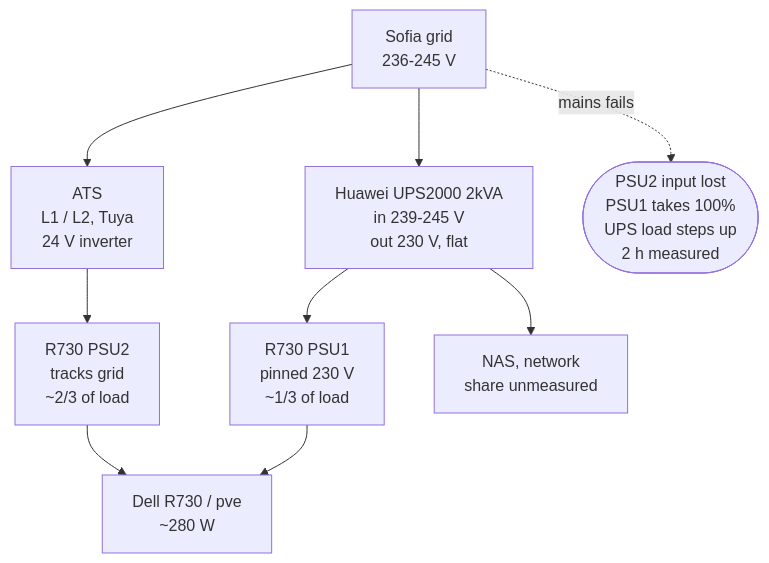
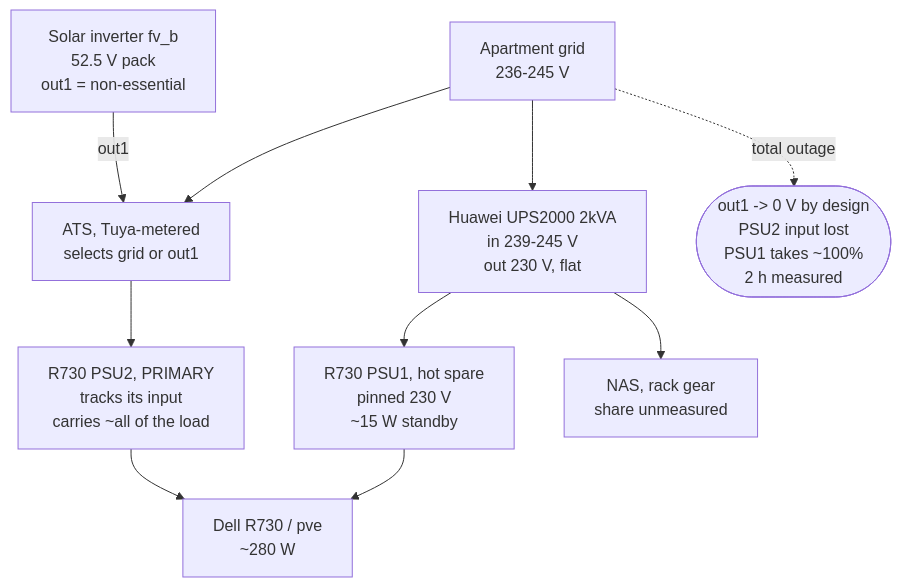
The first of 2 diagrams in docs/plans/2026-07-18-graceful-shutdown-on-power-loss.md (ViktorBarzin/infra), drawn with Mermaid before and after one commit. The commit also changed other lines of this file, not shown here.

````diff
--- a/docs/plans/2026-07-18-graceful-shutdown-on-power-loss.md
+++ b/docs/plans/2026-07-18-graceful-shutdown-on-power-loss.md
@@ -110,12 +110,14 @@
 ```mermaid
 flowchart TD
-    GRID["Sofia grid<br/>236-245 V"]
-    GRID --> ATS["ATS<br/>L1 / L2, Tuya<br/>24 V inverter"]
+    GRID["Apartment grid<br/>236-245 V"]
+    INV["Solar inverter fv_b<br/>52.5 V pack<br/>out1 = non-essential"]
+    GRID --> ATS["ATS, Tuya-metered<br/>selects grid or out1"]
+    INV -->|out1| ATS
     GRID --> UPS["Huawei UPS2000 2kVA<br/>in 239-245 V<br/>out 230 V, flat"]
-    ATS --> PS2["R730 PSU2<br/>tracks grid<br/>~2/3 of load"]
-    UPS --> PS1["R730 PSU1<br/>pinned 230 V<br/>~1/3 of load"]
-    UPS --> OTHER["NAS, network<br/>share unmeasured"]
+    ATS --> PS2["R730 PSU2, PRIMARY<br/>tracks its input<br/>carries ~all of the load"]
+    UPS --> PS1["R730 PSU1, hot spare<br/>pinned 230 V<br/>~15 W standby"]
+    UPS --> OTHER["NAS, rack gear<br/>share unmeasured"]
     PS1 --> R730["Dell R730 / pve<br/>~280 W"]
     PS2 --> R730
-    GRID -. "mains fails" .-> X(["PSU2 input lost<br/>PSU1 takes 100%<br/>UPS load steps up<br/>2 h measured"])
+    GRID -. "total outage" .-> X(["out1 -> 0 V by design<br/>PSU2 input lost<br/>PSU1 takes ~100%<br/>2 h measured"])
 ```
````
